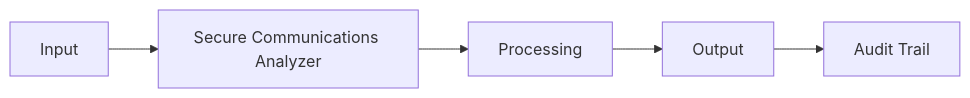
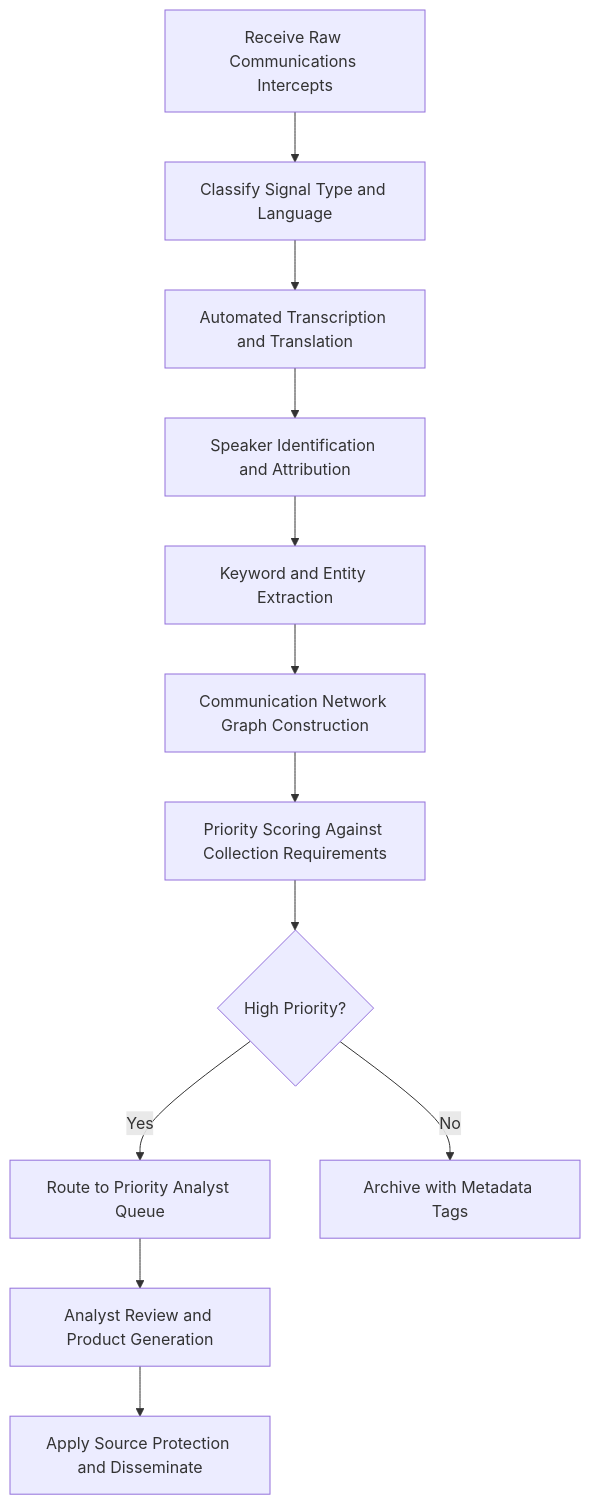
Before and after one commit to andrew-leo-2024/marketplace-docs: the diagram in docs/audiences/02-defense-security/secure-communications-analyzer.mdx, drawn with Mermaid. The commit also changed other lines of this file and 401 other files, not shown here.

````diff
--- a/docs/audiences/02-defense-security/secure-communications-analyzer.mdx
+++ b/docs/audiences/02-defense-security/secure-communications-analyzer.mdx
@@ -29,7 +35,14 @@
 ```mermaid
-graph LR
-    A[Input] --> B[Secure Communications Analyzer]
-    B --> C[Processing]
-    C --> D[Output]
-    D --> E[Audit Trail]
+graph TD
+    A[Receive Raw Communications Intercepts] --> B[Classify Signal Type and Language]
+    B --> C[Automated Transcription and Translation]
+    C --> D[Speaker Identification and Attribution]
+    D --> E[Keyword and Entity Extraction]
+    E --> F[Communication Network Graph Construction]
+    F --> G[Priority Scoring Against Collection Requirements]
+    G --> H{High Priority?}
+    H -->|Yes| I[Route to Priority Analyst Queue]
+    H -->|No| J[Archive with Metadata Tags]
+    I --> K[Analyst Review and Product Generation]
+    K --> L[Apply Source Protection and Disseminate]
 ```
````
